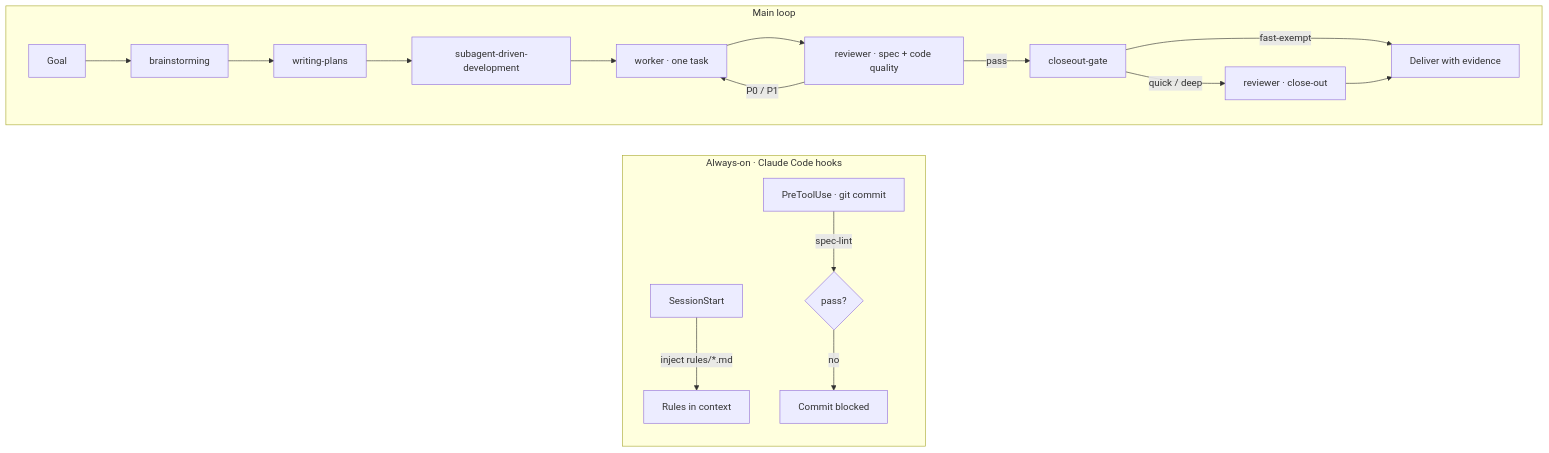
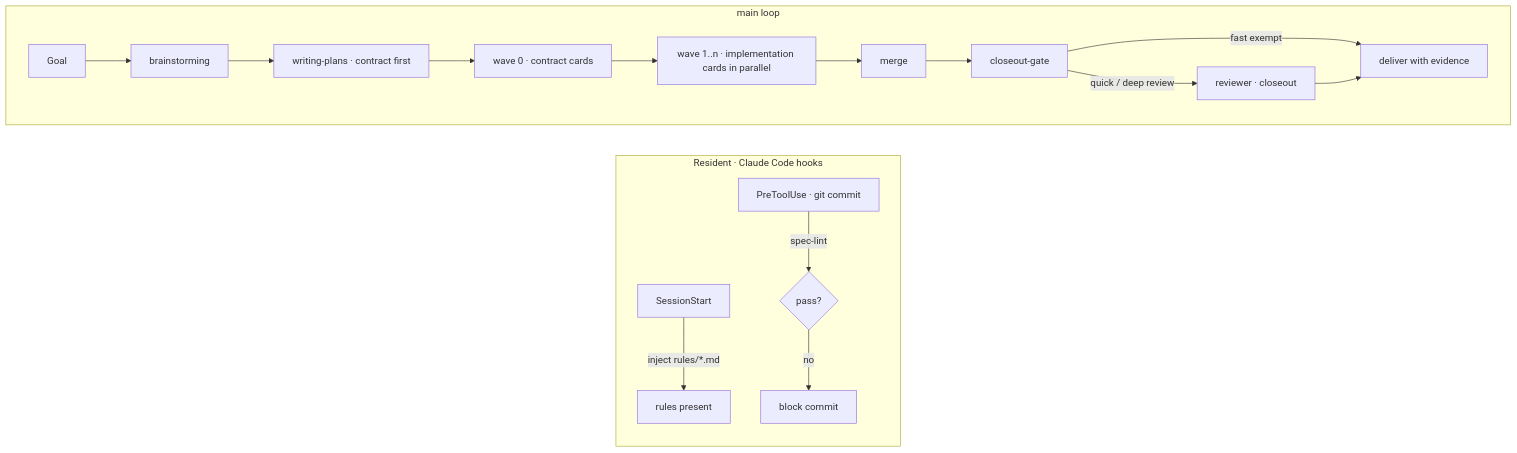
The diagram in README.md (Go1c/LumioAgent), drawn with Mermaid before and after one commit. The commit also changed other lines of this file and 27 other files, not shown here.

````diff
--- a/README.md
+++ b/README.md
@@ -98,20 +98,18 @@
 ```mermaid
 flowchart LR
-  subgraph hooks["Always-on · Claude Code hooks"]
+  subgraph hooks["Resident · Claude Code hooks"]
     direction TB
-    S["SessionStart"] -->|"inject rules/*.md"| R["Rules in context"]
+    S["SessionStart"] -->|"inject rules/*.md"| R["rules present"]
     P["PreToolUse · git commit"] -->|"spec-lint"| G{"pass?"}
-    G -->|"no"| X["Commit blocked"]
+    G -->|"no"| X["block commit"]
   end
 
-  subgraph loop["Main loop"]
+  subgraph loop["main loop"]
     direction LR
-    T["Goal"] --> BS["brainstorming"] --> WP["writing-plans"] --> SDD["subagent-driven-development"]
-    SDD --> W["worker · one task"]
-    W --> RV["reviewer · spec + code quality"]
-    RV -->|"P0 / P1"| W
-    RV -->|"pass"| CG["closeout-gate"]
-    CG -->|"fast-exempt"| D["Deliver with evidence"]
-    CG -->|"quick / deep"| RV2["reviewer · close-out"] --> D
+    T["Goal"] --> BS["brainstorming"] --> WP["writing-plans · contract first"]
+    WP --> W0["wave 0 · contract cards"] --> W1["wave 1..n · implementation cards in parallel"]
+    W1 --> M["merge"] --> CG["closeout-gate"]
+    CG -->|"fast exempt"| D["deliver with evidence"]
+    CG -->|"quick / deep review"| RV["reviewer · closeout"] --> D
   end
 ```
````
